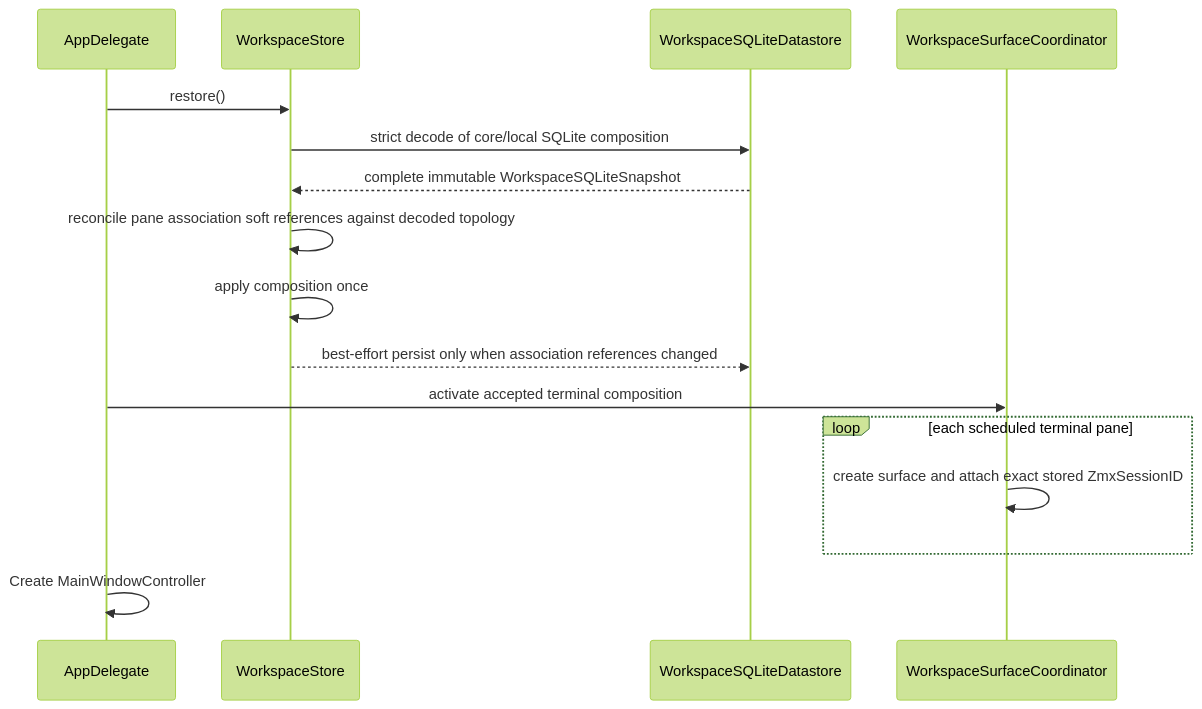
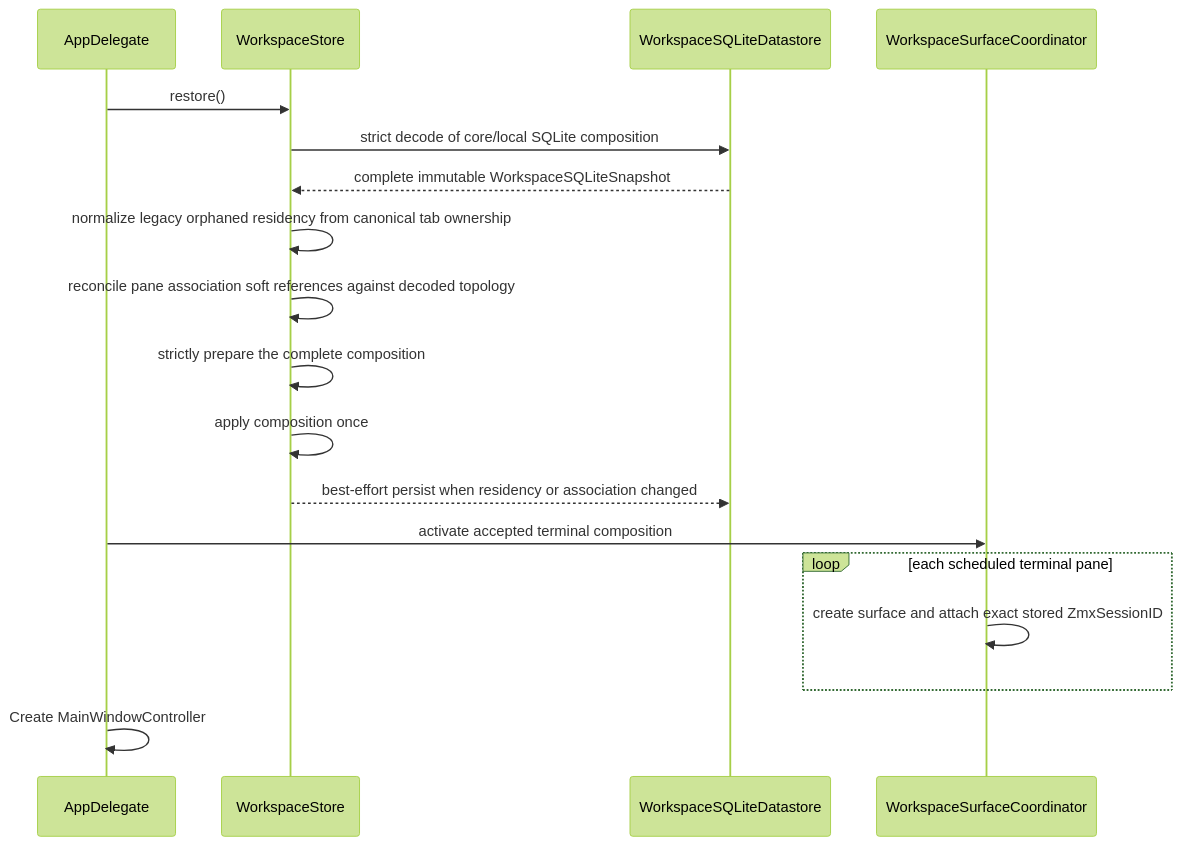
Before and after one commit to ShravanSunder/agentstudio: the fifth of 6 diagrams in docs/architecture/runtime/session_lifecycle.md, drawn with Mermaid (forest theme). The commit also changed other lines of this file and 5 other files, not shown here.

````diff
--- a/docs/architecture/runtime/session_lifecycle.md
+++ b/docs/architecture/runtime/session_lifecycle.md
@@ -308,21 +308,23 @@
 ```mermaid
 sequenceDiagram
     participant AD as AppDelegate
     participant Store as WorkspaceStore
     participant DB as WorkspaceSQLiteDatastore
     participant Coord as WorkspaceSurfaceCoordinator
 
     AD->>Store: restore()
     Store->>DB: strict decode of core/local SQLite composition
     DB-->>Store: complete immutable WorkspaceSQLiteSnapshot
+    Store->>Store: normalize legacy orphaned residency from canonical tab ownership
     Store->>Store: reconcile pane association soft references against decoded topology
+    Store->>Store: strictly prepare the complete composition
     Store->>Store: apply composition once
-    Store-->>DB: best-effort persist only when association references changed
+    Store-->>DB: best-effort persist when residency or association changed
 
     AD->>Coord: activate accepted terminal composition
     loop each scheduled terminal pane
         Coord->>Coord: create surface and attach exact stored ZmxSessionID
     end
 
     AD->>AD: Create MainWindowController
 ```
````
